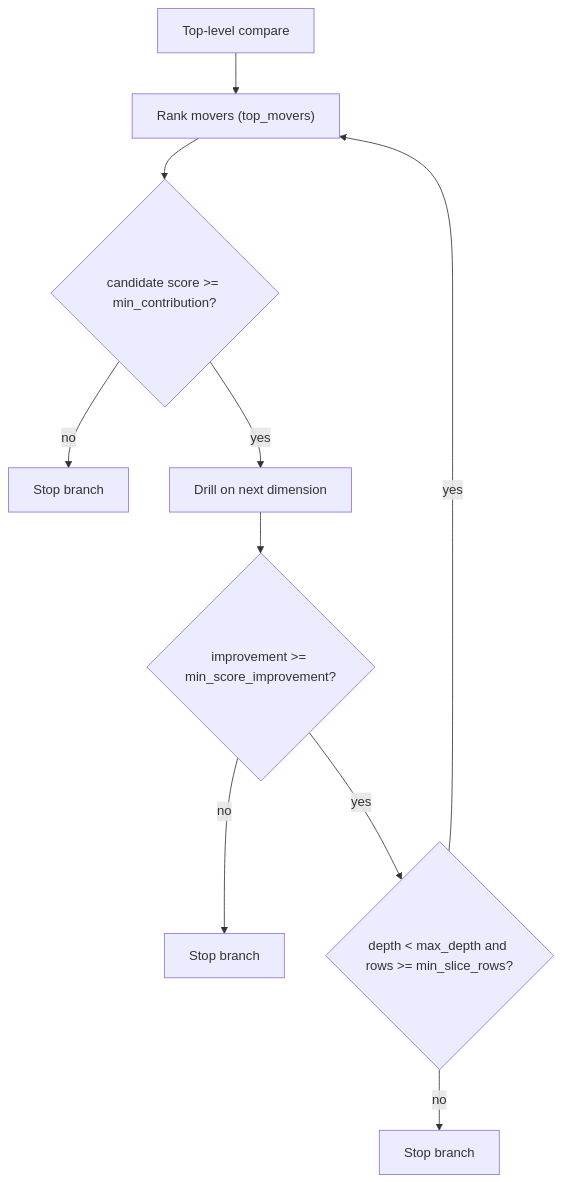
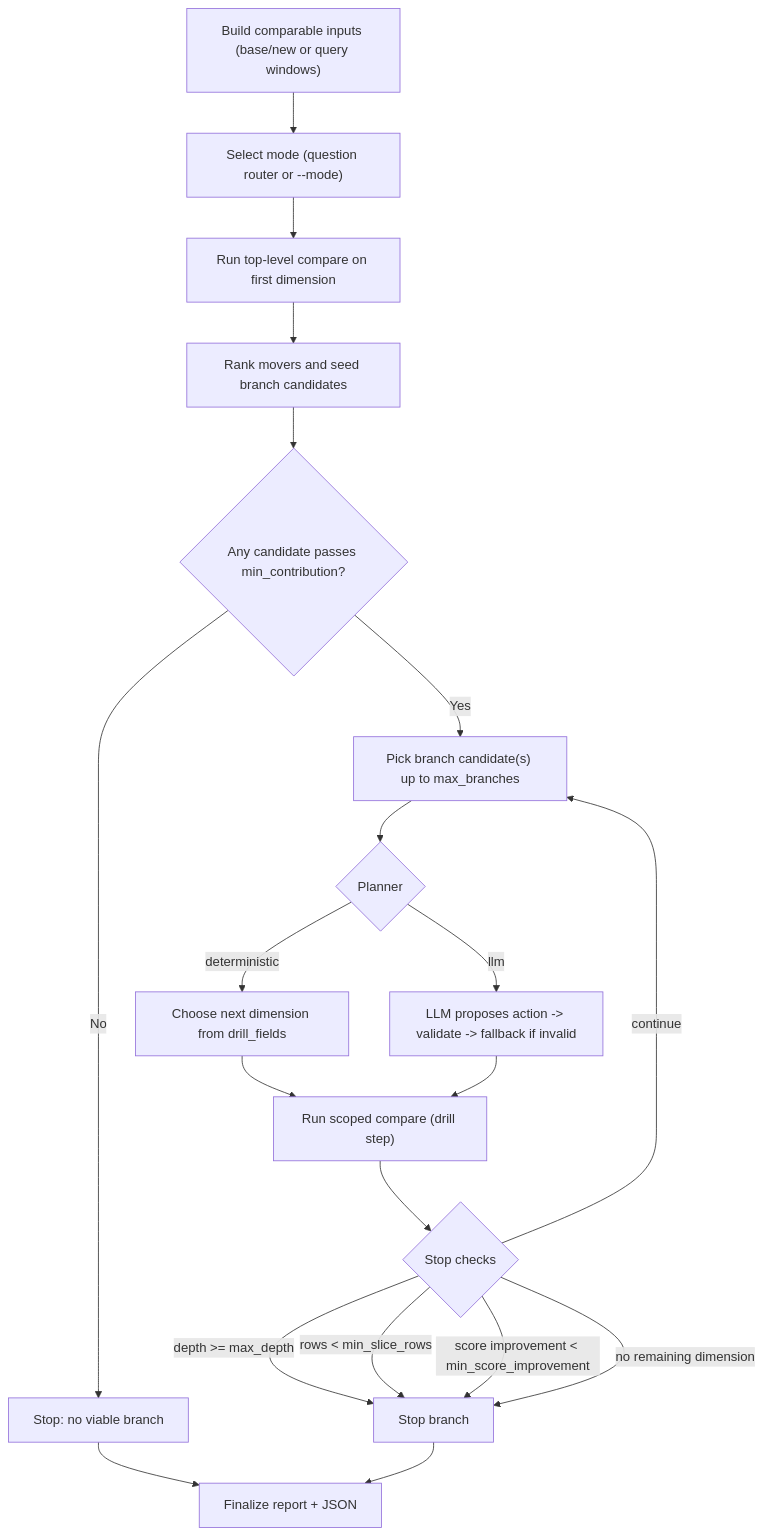
Before and after one commit to kraftaa/factorlens: the first of 2 diagrams in README.md, drawn with Mermaid. The commit also changed other lines of this file and 5 other files, not shown here.

Commit message:
Improve investigate branch selection and add min-delta threshold

````diff
--- a/README.md
+++ b/README.md
@@ -134,12 +136,22 @@
 ```mermaid
 flowchart TD
-    A["Top-level compare"] --> B["Rank movers (top_movers)"]
-    B --> C{"candidate score >= min_contribution?"}
-    C -- no --> S1["Stop branch"]
-    C -- yes --> D["Drill on next dimension"]
-    D --> E{"improvement >= min_score_improvement?"}
-    E -- no --> S2["Stop branch"]
-    E -- yes --> F{"depth < max_depth and rows >= min_slice_rows?"}
-    F -- no --> S3["Stop branch"]
-    F -- yes --> B
+    A["Build comparable inputs (base/new or query windows)"] --> B["Select mode (question router or --mode)"]
+    B --> C["Run top-level compare on first dimension"]
+    C --> D["Rank movers and seed branch candidates"]
+    D --> E{"Any candidate passes min_contribution?"}
+    E -- "No" --> Z["Stop: no viable branch"]
+    E -- "Yes" --> F["Pick branch candidate(s) up to max_branches"]
+    F --> G{"Planner"}
+    G -- "deterministic" --> H["Choose next dimension from drill_fields"]
+    G -- "llm" --> I["LLM proposes action -> validate -> fallback if invalid"]
+    H --> J["Run scoped compare (drill step)"]
+    I --> J
+    J --> K{"Stop checks"}
+    K -- "depth >= max_depth" --> Z2["Stop branch"]
+    K -- "rows < min_slice_rows" --> Z2
+    K -- "score improvement < min_score_improvement" --> Z2
+    K -- "no remaining dimension" --> Z2
+    K -- "continue" --> F
+    Z --> O["Finalize report + JSON"]
+    Z2 --> O
 ```
````
